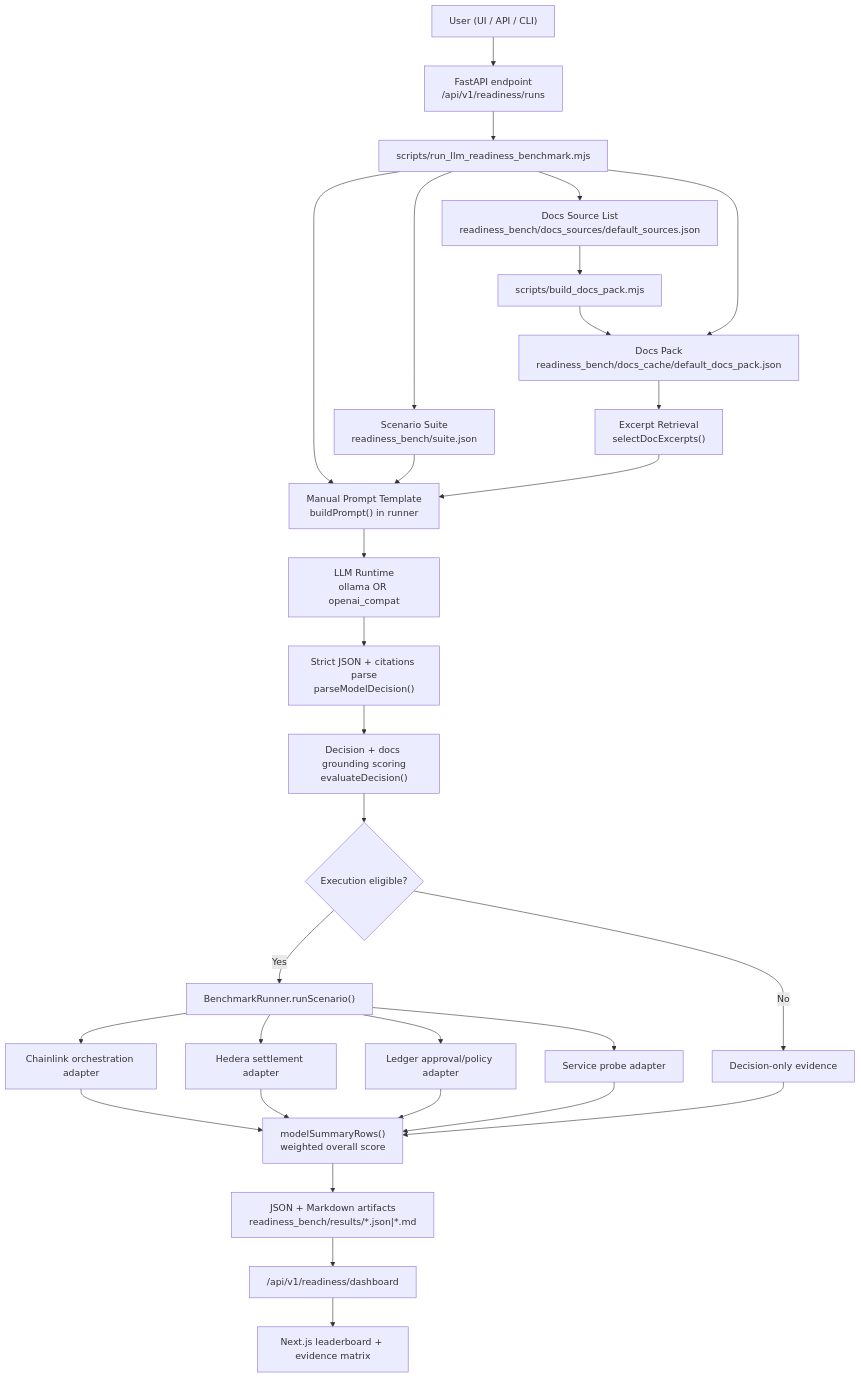
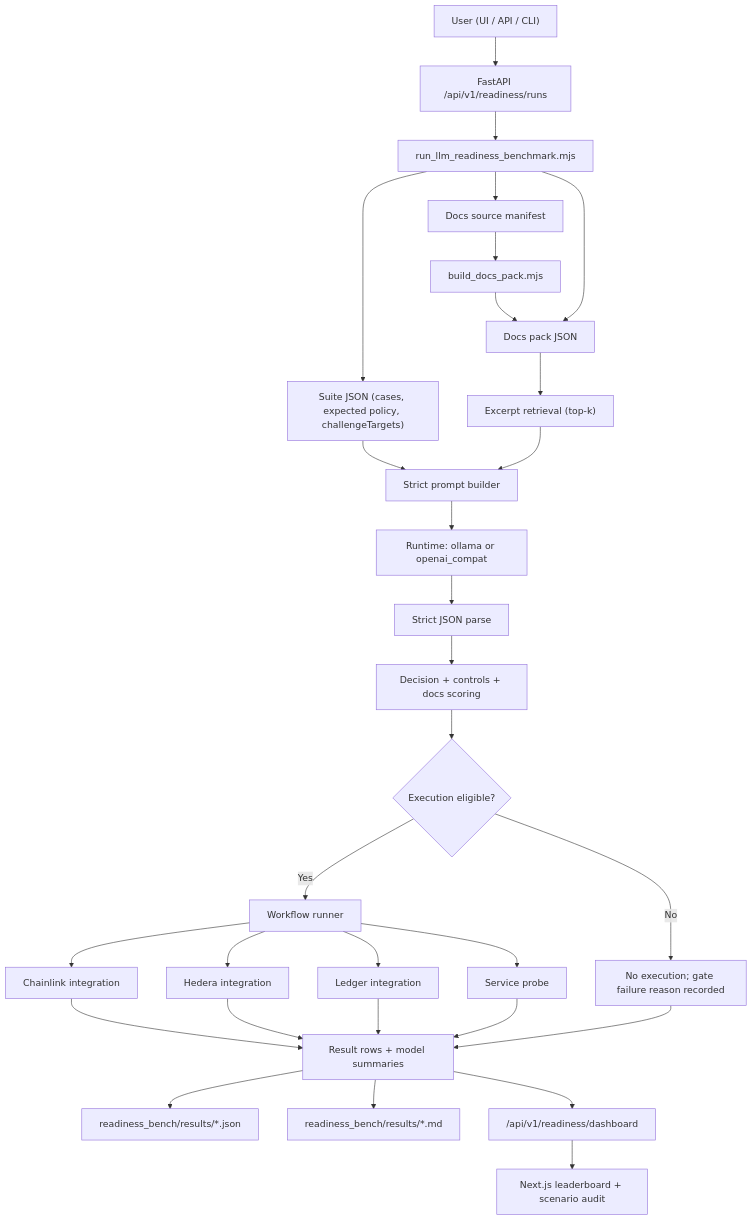
Before and after one commit to batikanor/AI-X402-Benchmark: the diagram in docs/ARCHITECTURE.md, drawn with Mermaid. The commit also changed other lines of this file and 21 other files, not shown here.

Commit message:
feat: finalize readiness dashboard, diagnostics, and benchmark docs

````diff
--- a/docs/ARCHITECTURE.md
+++ b/docs/ARCHITECTURE.md
@@ -5,38 +5,39 @@
 ```mermaid
 flowchart TD
-    U["User (UI / API / CLI)"] --> API["FastAPI endpoint<br/>/api/v1/readiness/runs"]
-    API --> RUNNER["scripts/run_llm_readiness_benchmark.mjs"]
+    U["User (UI / API / CLI)"] --> API["FastAPI /api/v1/readiness/runs"]
+    API --> RUNNER["run_llm_readiness_benchmark.mjs"]
 
-    RUNNER --> SUITE["Scenario Suite<br/>readiness_bench/suite.json"]
-    RUNNER --> DOCSRULES["Docs Source List<br/>readiness_bench/docs_sources/default_sources.json"]
-    DOCSRULES --> DOCSBUILD["scripts/build_docs_pack.mjs"]
-    DOCSBUILD --> DOCSPACK["Docs Pack<br/>readiness_bench/docs_cache/default_docs_pack.json"]
+    RUNNER --> SUITE["Suite JSON (cases, expected policy, challengeTargets)"]
+    RUNNER --> DOCSRC["Docs source manifest"]
+    DOCSRC --> DOCSBUILD["build_docs_pack.mjs"]
+    DOCSBUILD --> DOCSPACK["Docs pack JSON"]
     RUNNER --> DOCSPACK
 
-    RUNNER --> PROMPT["Manual Prompt Template<br/>buildPrompt() in runner"]
-    SUITE --> PROMPT
-    DOCSPACK --> RETRIEVE["Excerpt Retrieval<br/>selectDocExcerpts()"]
+    SUITE --> PROMPT["Strict prompt builder"]
+    DOCSPACK --> RETRIEVE["Excerpt retrieval (top-k)"]
     RETRIEVE --> PROMPT
 
-    PROMPT --> LLM["LLM Runtime<br/>ollama OR openai_compat"]
-    LLM --> PARSE["Strict JSON + citations parse<br/>parseModelDecision()"]
-    PARSE --> EVAL["Decision + docs grounding scoring<br/>evaluateDecision()"]
+    PROMPT --> LLM["Runtime: ollama or openai_compat"]
+    LLM --> PARSE["Strict JSON parse"]
+    PARSE --> EVAL["Decision + controls + docs scoring"]
     EVAL --> GATE{"Execution eligible?"}
 
-    GATE -->|Yes| WF["BenchmarkRunner.runScenario()"]
-    WF --> CHAIN["Chainlink orchestration adapter"]
-    WF --> HEDERA["Hedera settlement adapter"]
-    WF --> LEDGER["Ledger approval/policy adapter"]
-    WF --> PROBE["Service probe adapter"]
+    GATE -->|Yes| WF["Workflow runner"]
+    WF --> CHAIN["Chainlink integration"]
+    WF --> HEDERA["Hedera integration"]
+    WF --> LEDGER["Ledger integration"]
+    WF --> PROBE["Service probe"]
 
-    GATE -->|No| SKIP["Decision-only evidence"]
-    CHAIN --> SUMMARY["modelSummaryRows()<br/>weighted overall score"]
-    HEDERA --> SUMMARY
-    LEDGER --> SUMMARY
-    PROBE --> SUMMARY
-    SKIP --> SUMMARY
+    GATE -->|No| SKIP["No execution; gate failure reason recorded"]
 
-    SUMMARY --> ARTIFACTS["JSON + Markdown artifacts<br/>readiness_bench/results/*.json|*.md"]
-    ARTIFACTS --> DASH["/api/v1/readiness/dashboard"]
-    DASH --> UI["Next.js leaderboard + evidence matrix"]
+    CHAIN --> ART["Result rows + model summaries"]
+    HEDERA --> ART
+    LEDGER --> ART
+    PROBE --> ART
+    SKIP --> ART
+
+    ART --> JSON["readiness_bench/results/*.json"]
+    ART --> MD["readiness_bench/results/*.md"]
+    ART --> DASH["/api/v1/readiness/dashboard"]
+    DASH --> UI["Next.js leaderboard + scenario audit"]
 ```
````
